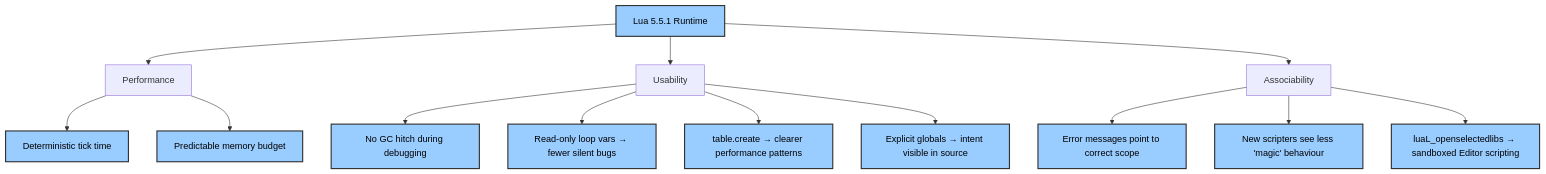
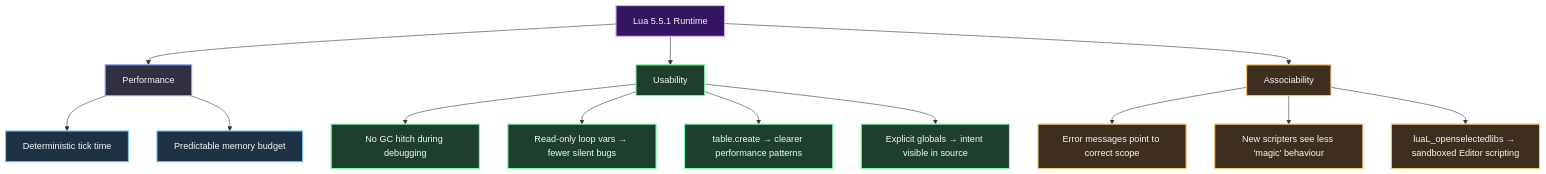
One commit to Astin-A/the-workshop changed the fifth of 7 diagrams in content/Engine shit/O3DE/Atomic/8 Lua 5.5.1.md. Above: the diagram before and after it, drawn with Mermaid. The commit also changed other lines of this file and 24 other files, not shown here.

````diff
--- a/content/Engine shit/O3DE/Atomic/8 Lua 5.5.1.md
+++ b/content/Engine shit/O3DE/Atomic/8 Lua 5.5.1.md
@@ -189,29 +219,32 @@
 ```mermaid
 graph TD
     L55[Lua 5.5.1 Runtime] --> P[Performance]
     L55 --> U[Usability]
     L55 --> A[Associability]
     
     P --> P1[Deterministic tick time]
     P --> P2[Predictable memory budget]
     
     U --> U1[No GC hitch during debugging]
     U --> U2[Read-only loop vars → fewer silent bugs]
     U --> U3[table.create → clearer performance patterns]
     U --> U4[Explicit globals → intent visible in source]
     
     A --> A1["Error messages point to correct scope"]
     A --> A2["New scripters see less 'magic' behaviour"]
     A --> A3[luaL_openselectedlibs → sandboxed Editor scripting]
-    
-    style L55 fill:#9cf,stroke:#333,stroke-width:2px,color:#000
-    style P1 fill:#9cf,stroke:#333,stroke-width:2px,color:#000
-    style P2 fill:#9cf,stroke:#333,stroke-width:2px,color:#000
-    style U1 fill:#9cf,stroke:#333,stroke-width:2px,color:#000
-    style U2 fill:#9cf,stroke:#333,stroke-width:2px,color:#000
-    style U3 fill:#9cf,stroke:#333,stroke-width:2px,color:#000
-    style U4 fill:#9cf,stroke:#333,stroke-width:2px,color:#000
-    style A1 fill:#9cf,stroke:#333,stroke-width:2px,color:#000
-    style A2 fill:#9cf,stroke:#333,stroke-width:2px,color:#000
-    style A3 fill:#9cf,stroke:#333,stroke-width:2px,color:#000
+
+    classDef highlight fill:#341660,stroke:#d8b4fe,stroke-width:2px,color:#f5f5fa;
+    classDef default fill:#303040,stroke:#7aa2f7,stroke-width:2px,color:#f5f5fa;
+    classDef success fill:#1e3f2e,stroke:#7af7a2,stroke-width:2px,color:#f5f5fa;
+    classDef warning fill:#3e2e1e,stroke:#f7c87a,stroke-width:2px,color:#f5f5fa;
+    classDef info fill:#1e3244,stroke:#7ac7f7,stroke-width:2px,color:#f5f5fa;
+
+    class L55 highlight;
+    class P default;
+    class P1,P2 info;
+    class U success;
+    class U1,U2,U3,U4 success;
+    class A warning;
+    class A1,A2,A3 warning;
 ```
````
